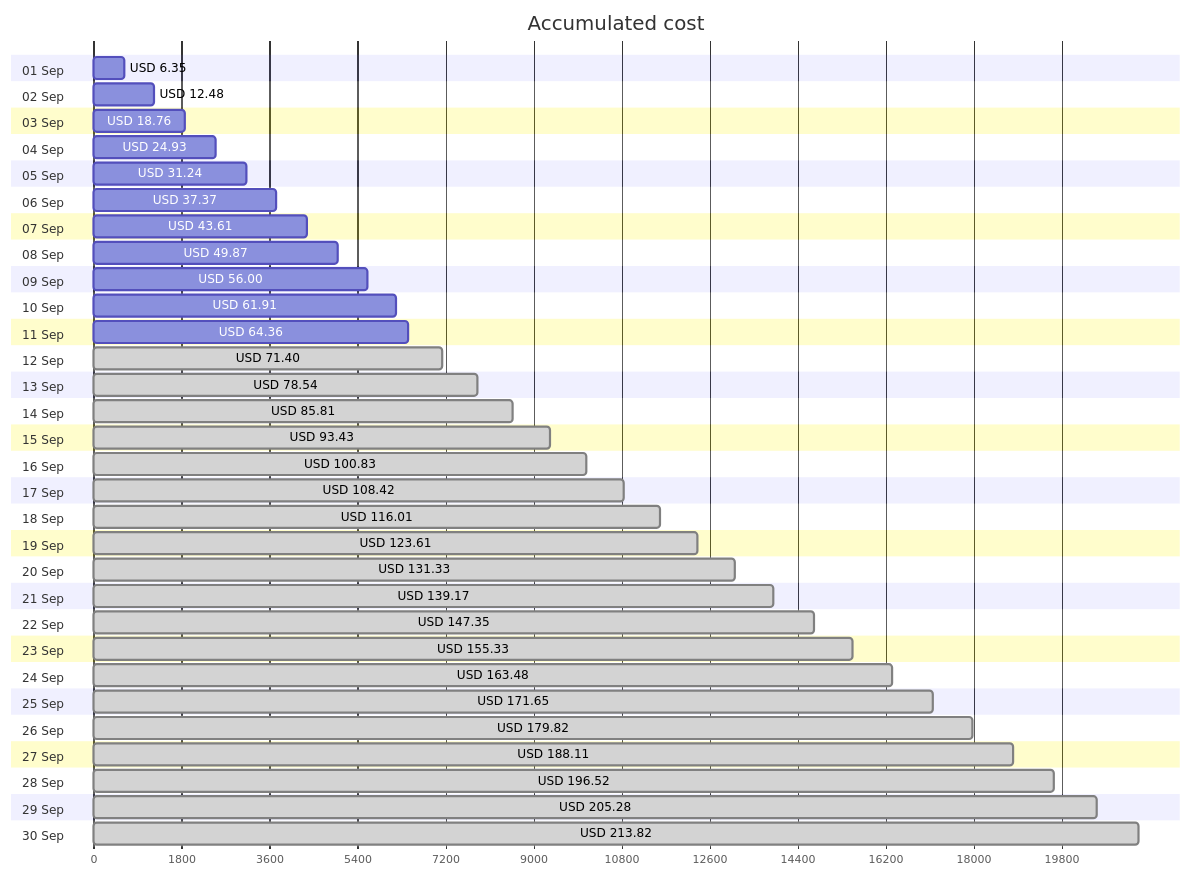
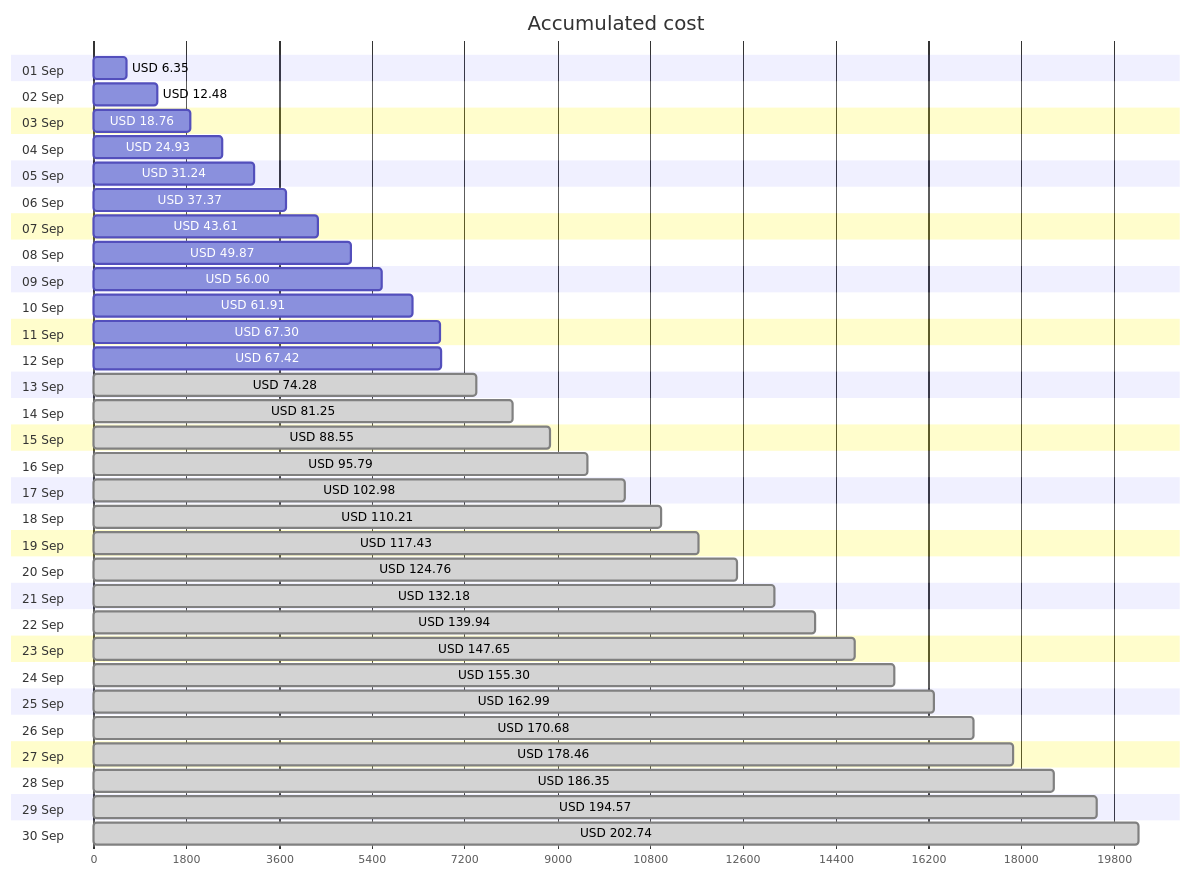
The first of 4 diagrams in cost-reports/accumulated-cost.md (jpfulton/azure-personal-reports), drawn with Mermaid before and after one commit. The commit also changed other lines of this file and 2 other files, not shown here.

````diff
--- a/cost-reports/accumulated-cost.md
+++ b/cost-reports/accumulated-cost.md
@@ -20,66 +20,66 @@
 ```mermaid
 gantt
    title Accumulated cost
    dateFormat  X
    axisFormat %s
    section 01 Sep
    USD 6.35 :0, 635
    section 02 Sep
    USD 12.48 :0, 1248
    section 03 Sep
    USD 18.76 :0, 1876
    section 04 Sep
    USD 24.93 :0, 2493
    section 05 Sep
    USD 31.24 :0, 3124
    section 06 Sep
    USD 37.37 :0, 3737
    section 07 Sep
    USD 43.61 :0, 4361
    section 08 Sep
    USD 49.87 :0, 4987
    section 09 Sep
    USD 56.00 :0, 5600
    section 10 Sep
    USD 61.91 :0, 6191
    section 11 Sep
-   USD 64.36 :0, 6436
+   USD 67.30 :0, 6730
    section 12 Sep
-   USD 71.40 : done, 0, 7140
+   USD 67.42 :0, 6742
    section 13 Sep
-   USD 78.54 : done, 0, 7854
+   USD 74.28 : done, 0, 7428
    section 14 Sep
-   USD 85.81 : done, 0, 8581
+   USD 81.25 : done, 0, 8125
    section 15 Sep
-   USD 93.43 : done, 0, 9343
+   USD 88.55 : done, 0, 8855
    section 16 Sep
-   USD 100.83 : done, 0, 10083
+   USD 95.79 : done, 0, 9579
    section 17 Sep
-   USD 108.42 : done, 0, 10842
+   USD 102.98 : done, 0, 10298
    section 18 Sep
-   USD 116.01 : done, 0, 11601
+   USD 110.21 : done, 0, 11021
    section 19 Sep
-   USD 123.61 : done, 0, 12361
+   USD 117.43 : done, 0, 11743
    section 20 Sep
-   USD 131.33 : done, 0, 13133
+   USD 124.76 : done, 0, 12476
    section 21 Sep
-   USD 139.17 : done, 0, 13917
+   USD 132.18 : done, 0, 13218
    section 22 Sep
-   USD 147.35 : done, 0, 14735
+   USD 139.94 : done, 0, 13994
    section 23 Sep
-   USD 155.33 : done, 0, 15533
+   USD 147.65 : done, 0, 14765
    section 24 Sep
-   USD 163.48 : done, 0, 16348
+   USD 155.30 : done, 0, 15530
    section 25 Sep
-   USD 171.65 : done, 0, 17165
+   USD 162.99 : done, 0, 16299
    section 26 Sep
-   USD 179.82 : done, 0, 17982
+   USD 170.68 : done, 0, 17068
    section 27 Sep
-   USD 188.11 : done, 0, 18811
+   USD 178.46 : done, 0, 17846
    section 28 Sep
-   USD 196.52 : done, 0, 19652
+   USD 186.35 : done, 0, 18635
    section 29 Sep
-   USD 205.28 : done, 0, 20528
+   USD 194.57 : done, 0, 19457
    section 30 Sep
-   USD 213.82 : done, 0, 21382
+   USD 202.74 : done, 0, 20274
 ```
````
